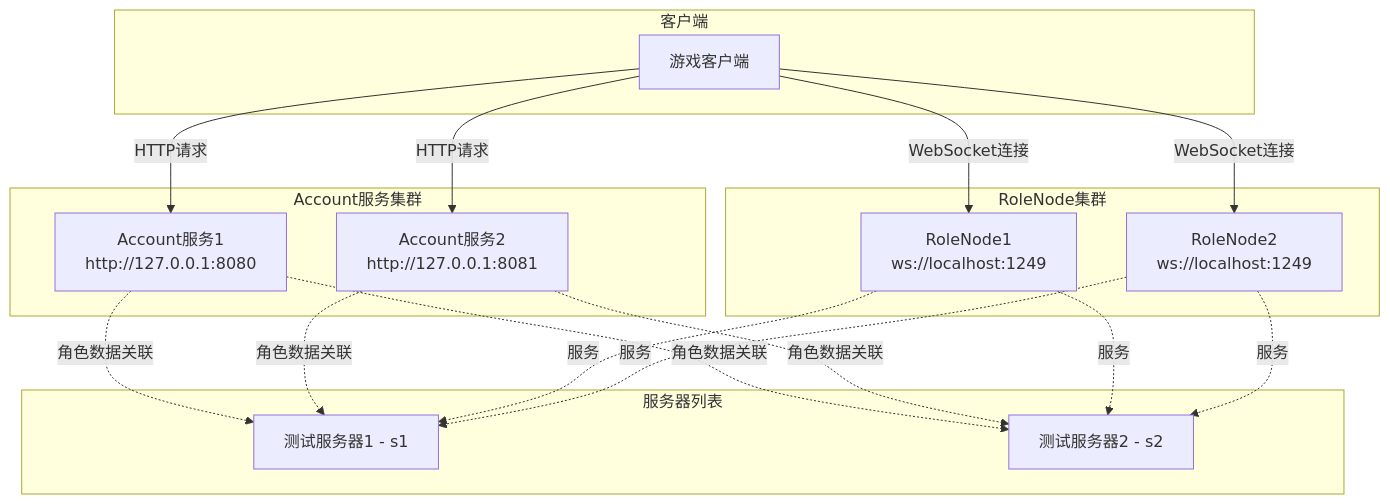
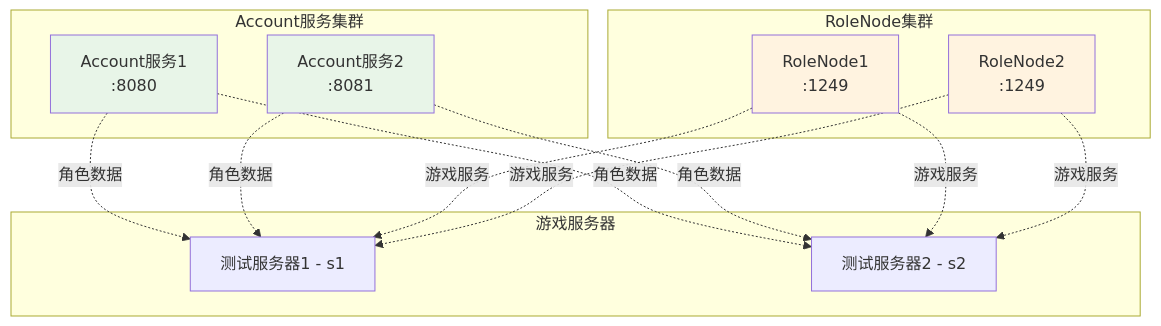
One commit to hanxi/phaser-game changed the fourth of 7 diagrams in login_flow_diagram.md. Above: the diagram before and after it, drawn with Mermaid. The commit also changed other lines of this file, not shown here.

Commit message:
更新流程图

````diff
--- a/login_flow_diagram.md
+++ b/login_flow_diagram.md
@@ -43,36 +128,32 @@
 ```mermaid
 graph TB
-    subgraph "客户端"
-        Client[游戏客户端]
-    end
-    
     subgraph "Account服务集群"
-        Account1[Account服务1<br/>http://127.0.0.1:8080]
-        Account2[Account服务2<br/>http://127.0.0.1:8081]
+        Account1[Account服务1<br/>:8080]
+        Account2[Account服务2<br/>:8081]
     end
     
     subgraph "RoleNode集群"
-        RoleNode1[RoleNode1<br/>ws://localhost:1249]
-        RoleNode2[RoleNode2<br/>ws://localhost:1249]
+        RoleNode1[RoleNode1<br/>:1249]
+        RoleNode2[RoleNode2<br/>:1249]
     end
     
-    subgraph "服务器列表"
+    subgraph "游戏服务器"
         S1[测试服务器1 - s1]
         S2[测试服务器2 - s2]
     end
     
-    Client -->|HTTP请求| Account1
-    Client -->|HTTP请求| Account2
-    Client -->|WebSocket连接| RoleNode1
-    Client -->|WebSocket连接| RoleNode2
+    Account1 -.->|角色数据| S1
+    Account1 -.->|角色数据| S2
+    Account2 -.->|角色数据| S1
+    Account2 -.->|角色数据| S2
     
-    Account1 -.->|角色数据关联| S1
-    Account1 -.->|角色数据关联| S2
-    Account2 -.->|角色数据关联| S1
-    Account2 -.->|角色数据关联| S2
+    RoleNode1 -.->|游戏服务| S1
+    RoleNode1 -.->|游戏服务| S2
+    RoleNode2 -.->|游戏服务| S1
+    RoleNode2 -.->|游戏服务| S2
     
-    RoleNode1 -.->|服务| S1
-    RoleNode1 -.->|服务| S2
-    RoleNode2 -.->|服务| S1
-    RoleNode2 -.->|服务| S2
+    style Account1 fill:#e8f5e8
+    style Account2 fill:#e8f5e8
+    style RoleNode1 fill:#fff3e0
+    style RoleNode2 fill:#fff3e0
 ```
````
